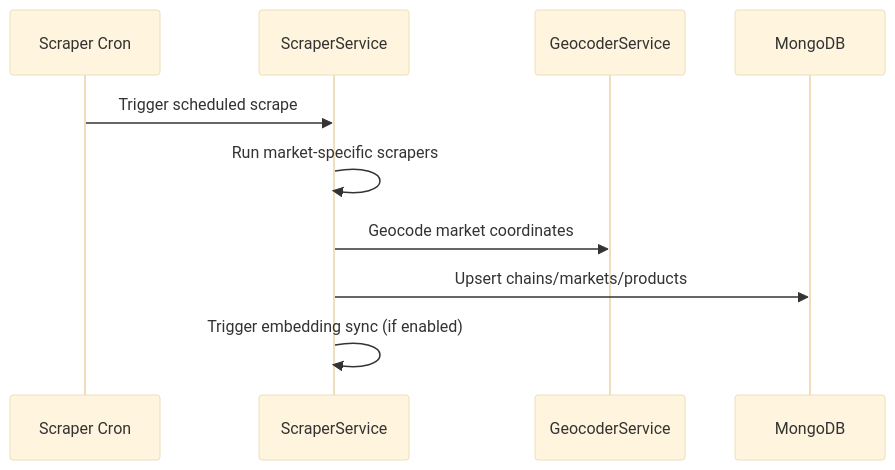
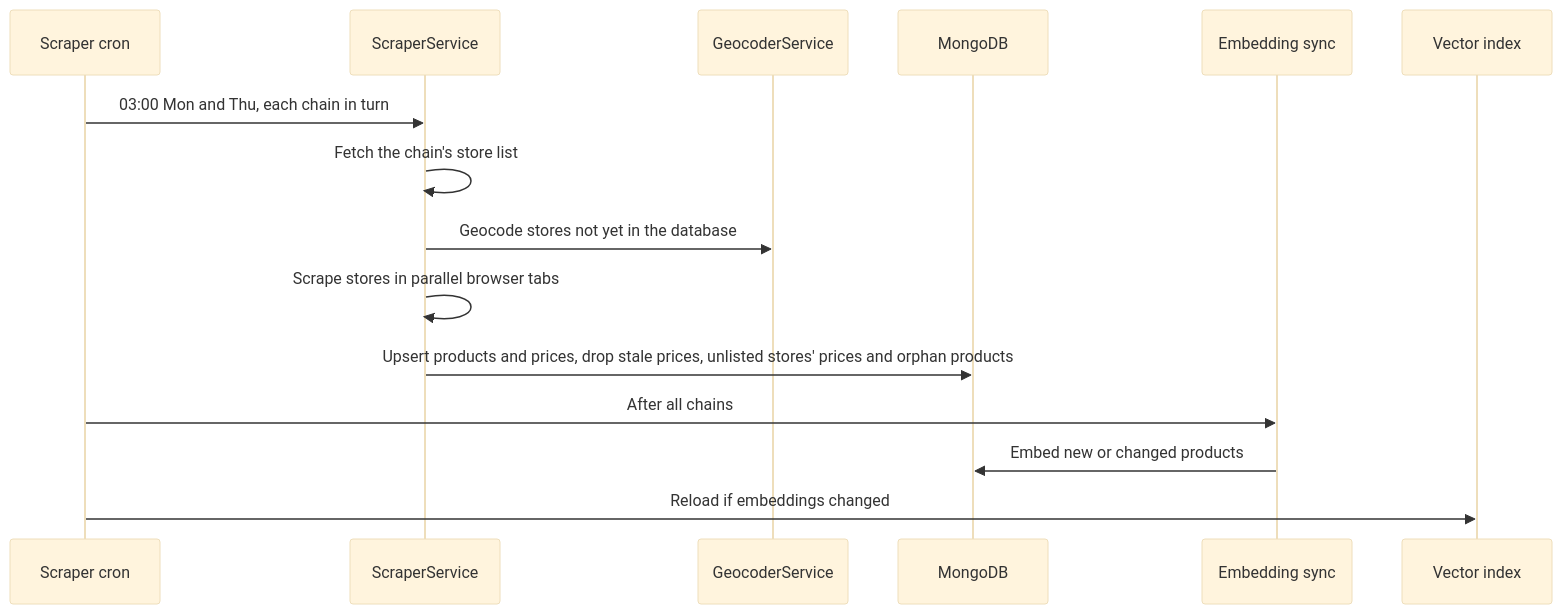
Before and after one commit to martintrifunov/obrok: the second of 3 diagrams in apps/docs/architecture/flows.md, drawn with Mermaid (base theme). The commit also changed other lines of this file and 6 other files, not shown here.

Commit message:
docs(search): check the search, concept and architecture pages against the code

````diff
--- a/apps/docs/architecture/flows.md
+++ b/apps/docs/architecture/flows.md
@@ -37,12 +36,17 @@
 ```mermaid
 sequenceDiagram
-  participant Cron as Scraper Cron
+  participant Cron as Scraper cron
   participant S as ScraperService
   participant G as GeocoderService
   participant D as MongoDB
-  Cron->>S: Trigger scheduled scrape
-  S->>S: Run market-specific scrapers
-  S->>G: Geocode market coordinates
-  S->>D: Upsert chains/markets/products
-  S->>S: Trigger embedding sync (if enabled)
+  participant E as Embedding sync
+  participant V as Vector index
+  Cron->>S: 03:00 Mon and Thu, each chain in turn
+  S->>S: Fetch the chain's store list
+  S->>G: Geocode stores not yet in the database
+  S->>S: Scrape stores in parallel browser tabs
+  S->>D: Upsert products and prices, drop stale prices, unlisted stores' prices and orphan products
+  Cron->>E: After all chains
+  E->>D: Embed new or changed products
+  Cron->>V: Reload if embeddings changed
 ```
````
